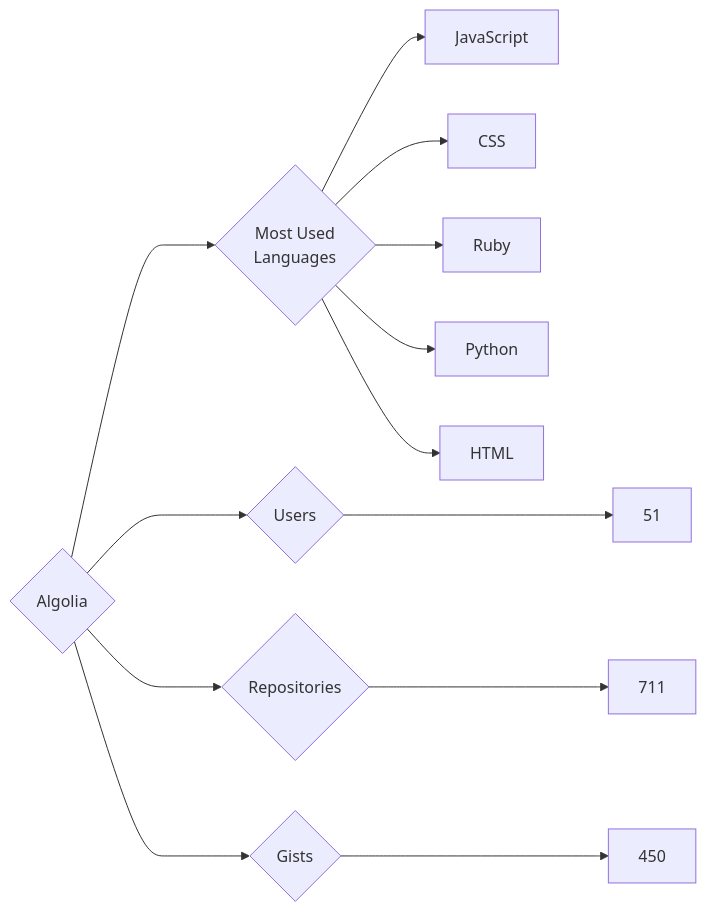
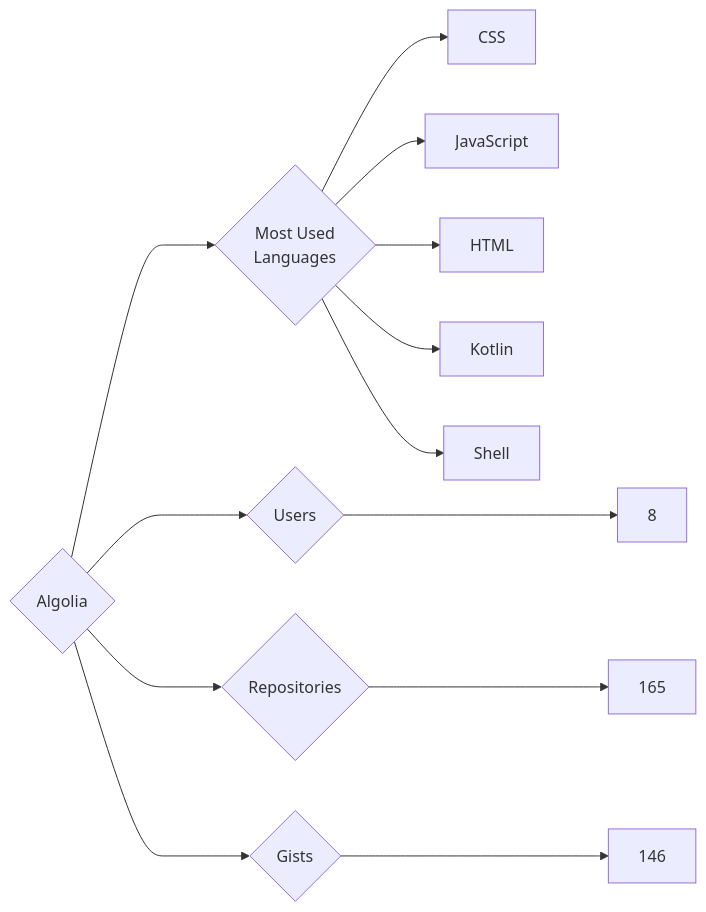
The diagram in targets/Algolia/README.md (trickest/insiders), drawn with Mermaid before and after one commit. The commit also changed 872 other files, not shown here.

````diff
--- a/targets/Algolia/README.md
+++ b/targets/Algolia/README.md
@@ -3,13 +3,13 @@
 ```mermaid
 graph LR
 COMPANY_NAME{Algolia}
-COMPANY_NAME ---> U{Users} ---> UN[51]
-COMPANY_NAME ---> R{Repositories} ---> RN[711]
-COMPANY_NAME ---> G{Gists} ---> GN[450]
+COMPANY_NAME ---> U{Users} ---> UN[8]
+COMPANY_NAME ---> R{Repositories} ---> RN[165]
+COMPANY_NAME ---> G{Gists} ---> GN[146]
 COMPANY_NAME ---> ML{Most Used<br>Languages}
+ML --> CSS[CSS]
 ML --> JavaScript[JavaScript]
-ML --> CSS[CSS]
-ML --> Ruby[Ruby]
-ML --> Python[Python]
 ML --> HTML[HTML]
+ML --> Kotlin[Kotlin]
+ML --> Shell[Shell]
 ```
````
